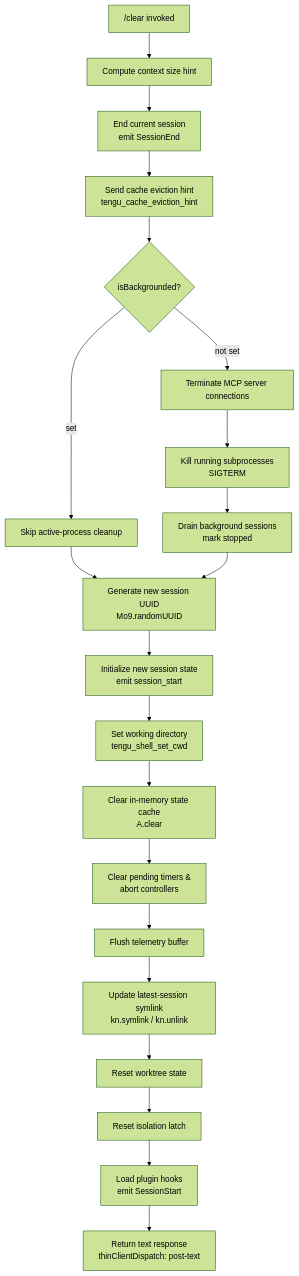
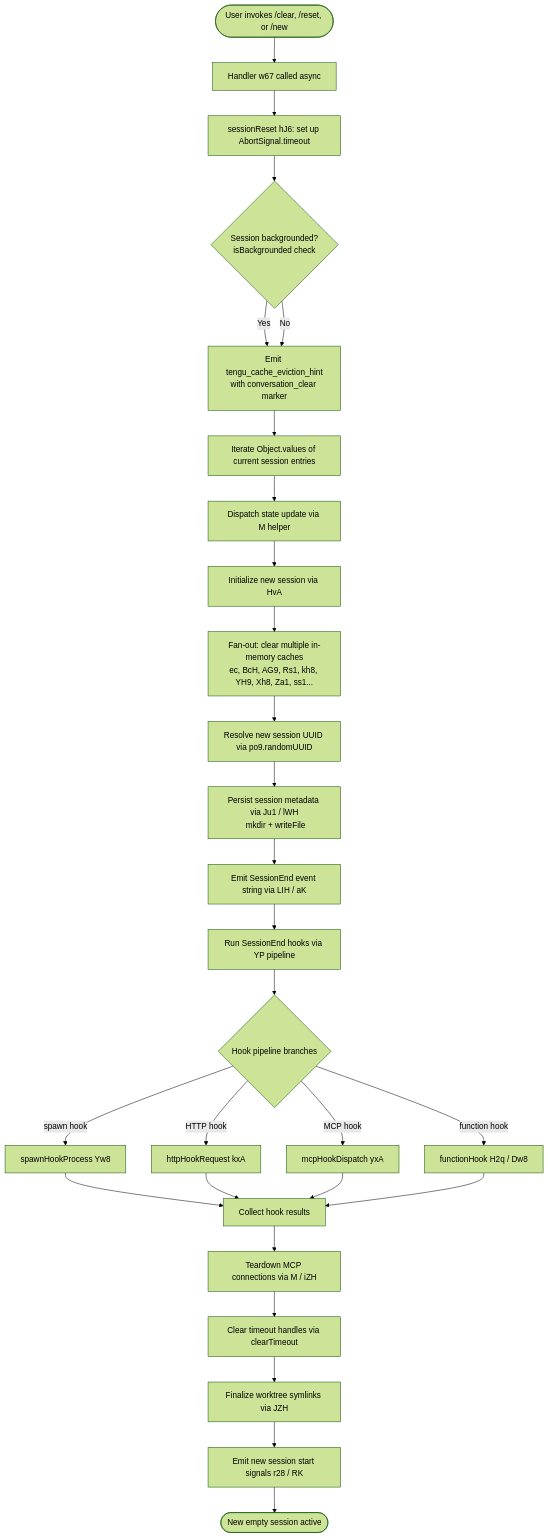
One commit to MyLittleLuckyDog/cc-gnothi changed the diagram in versions/v2.1.133/clear.md. Above: the diagram before and after it, drawn with Mermaid (forest theme). The commit also changed other lines of this file and 95 other files, not shown here.

````diff
--- a/versions/v2.1.133/clear.md
+++ b/versions/v2.1.133/clear.md
@@ -45,23 +62,27 @@
 ```mermaid
 flowchart TD
-    A["/clear invoked"] --> B[Compute context size hint]
-    B --> C[End current session\nemit SessionEnd]
-    C --> D[Send cache eviction hint\ntengu_cache_eviction_hint]
-    D --> E{isBackgrounded?}
-    E -->|set| F[Skip active-process cleanup]
-    E -->|not set| G[Terminate MCP server connections]
-    G --> H[Kill running subprocesses\nSIGTERM]
-    H --> I[Drain background sessions\nmark stopped]
-    F --> J[Generate new session UUID\nMo9.randomUUID]
-    I --> J
-    J --> K[Initialize new session state\nemit session_start]
-    K --> L[Set working directory\ntengu_shell_set_cwd]
-    L --> M[Clear in-memory state cache\nA.clear]
-    M --> N[Clear pending timers &\nabort controllers]
-    N --> O[Flush telemetry buffer]
-    O --> P[Update latest-session symlink\nkn.symlink / kn.unlink]
-    P --> Q[Reset worktree state]
-    Q --> R[Reset isolation latch]
-    R --> S[Load plugin hooks\nemit SessionStart]
-    S --> T[Return text response\nthinClientDispatch: post-text]
+    A([User invokes /clear, /reset, or /new]) --> B[Handler w67 called async]
+    B --> C[sessionReset hJ6: set up AbortSignal.timeout]
+    C --> D{Session backgrounded?\nisBackgrounded check}
+    D -- Yes --> E[Emit tengu_cache_eviction_hint\nwith conversation_clear marker]
+    D -- No --> E
+    E --> F[Iterate Object.values of current session entries]
+    F --> G[Dispatch state update via M helper]
+    G --> H[Initialize new session via HvA]
+    H --> I[Fan-out: clear multiple in-memory caches\nec, BcH, AG9, Rs1, kh8, YH9, Xh8, Za1, ss1...]
+    I --> J[Resolve new session UUID via po9.randomUUID]
+    J --> K[Persist session metadata via Ju1 / lWH\n mkdir + writeFile]
+    K --> L[Emit SessionEnd event string via LIH / aK]
+    L --> M2[Run SessionEnd hooks via YP pipeline]
+    M2 --> N{Hook pipeline branches}
+    N -- spawn hook --> O[spawnHookProcess Yw8]
+    N -- HTTP hook --> P[httpHookRequest kxA]
+    N -- MCP hook --> Q[mcpHookDispatch yxA]
+    N -- function hook --> R[functionHook H2q / Dw8]
+    O & P & Q & R --> S[Collect hook results]
+    S --> T[Teardown MCP connections via M / iZH]
+    T --> U[Clear timeout handles via clearTimeout]
+    U --> V[Finalize worktree symlinks via JZH]
+    V --> W2[Emit new session start signals r28 / RK]
+    W2 --> X2([New empty session active])
 ```
````
